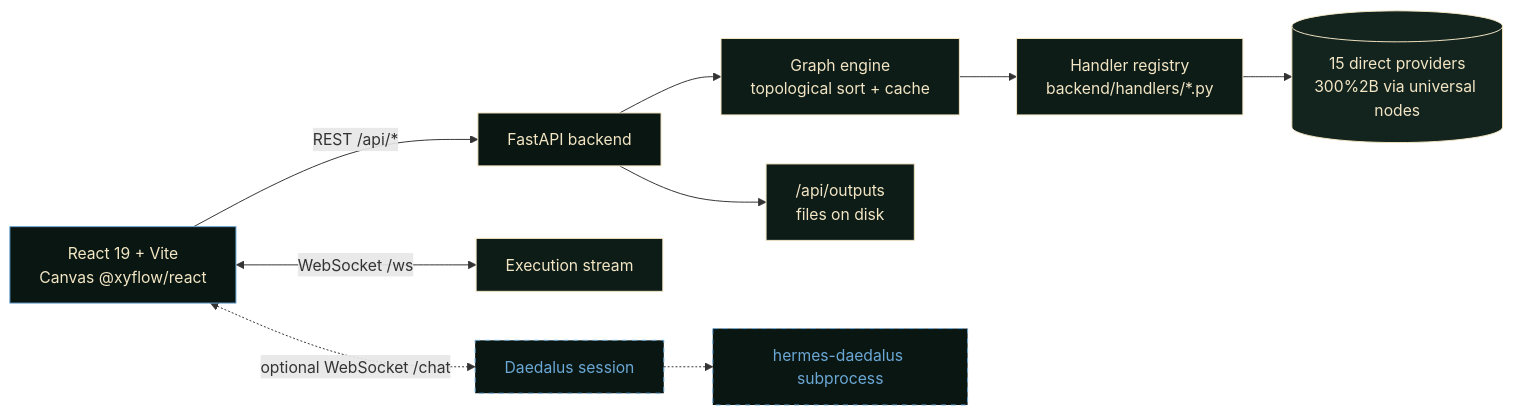
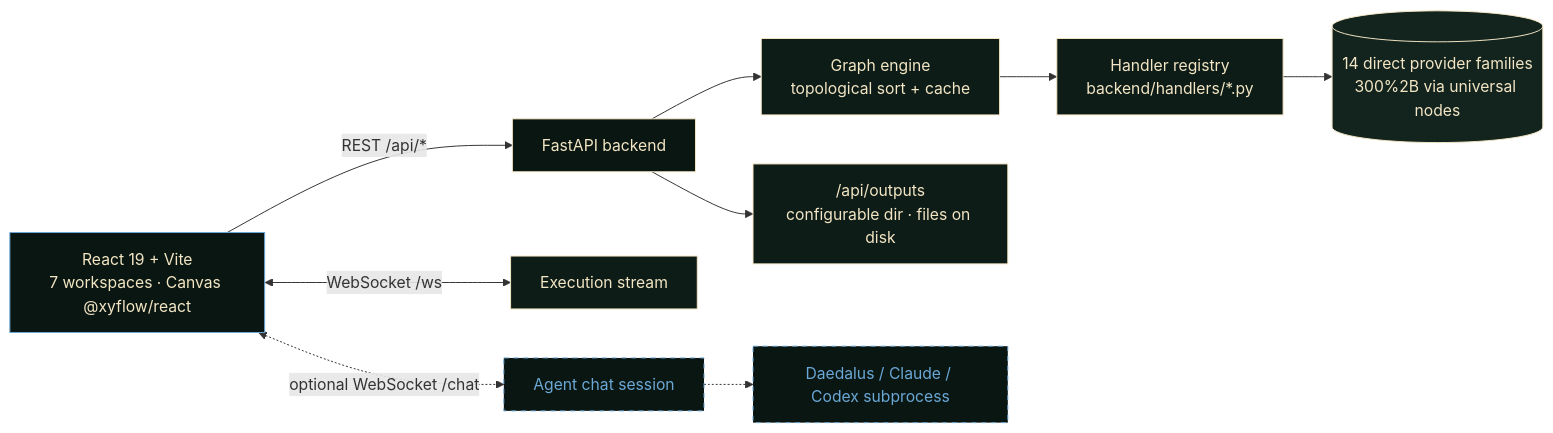
One commit to JustinPerea/nebula-nodes changed the diagram in README.md. Above: the diagram before and after it, drawn with Mermaid. The commit also changed other lines of this file, not shown here.

Commit message:
docs: refresh README for the multi-surface studio (115 nodes, Create/Cinema/Character/Moodboard, current test counts)

````diff
--- a/README.md
+++ b/README.md
@@ -291,21 +317,21 @@
 ```mermaid
 graph LR
-    UI[React 19 + Vite<br/>Canvas @xyflow/react] -->|REST /api/*| API[FastAPI backend]
+    UI[React 19 + Vite<br/>7 workspaces · Canvas @xyflow/react] -->|REST /api/*| API[FastAPI backend]
     UI <-->|WebSocket /ws| WS[Execution stream]
     API --> ENGINE[Graph engine<br/>topological sort + cache]
     ENGINE --> HANDLERS[Handler registry<br/>backend/handlers/*.py]
-    HANDLERS --> PROVIDERS[(15 direct providers<br/>300%2B via universal nodes)]
-    API --> OUT["/api/outputs<br/>files on disk"]
-    UI <-.->|optional WebSocket /chat| CHAT[Daedalus session]
-    CHAT -.-> HERMES[hermes-daedalus subprocess]
+    HANDLERS --> PROVIDERS[(14 direct provider families<br/>300%2B via universal nodes)]
+    API --> OUT["/api/outputs<br/>configurable dir · files on disk"]
+    UI <-.->|optional WebSocket /chat| CHAT[Agent chat session]
+    CHAT -.-> HERMES[Daedalus / Claude / Codex subprocess]
 
     style UI fill:#0a1612,color:#f3e6c4,stroke:#6ba8d6
     style API fill:#0a1612,color:#f3e6c4,stroke:#f3e6c4
     style ENGINE fill:#0e1c18,color:#f3e6c4,stroke:#f3e6c4
     style HANDLERS fill:#0e1c18,color:#f3e6c4,stroke:#f3e6c4
     style PROVIDERS fill:#13231e,color:#f3e6c4,stroke:#f3e6c4
     style OUT fill:#0e1c18,color:#f3e6c4,stroke:#f3e6c4
     style WS fill:#0e1c18,color:#f3e6c4,stroke:#f3e6c4
     style CHAT fill:#0a1612,color:#6ba8d6,stroke:#6ba8d6,stroke-dasharray: 5 5
     style HERMES fill:#0a1612,color:#6ba8d6,stroke:#6ba8d6,stroke-dasharray: 5 5
 ```
````
